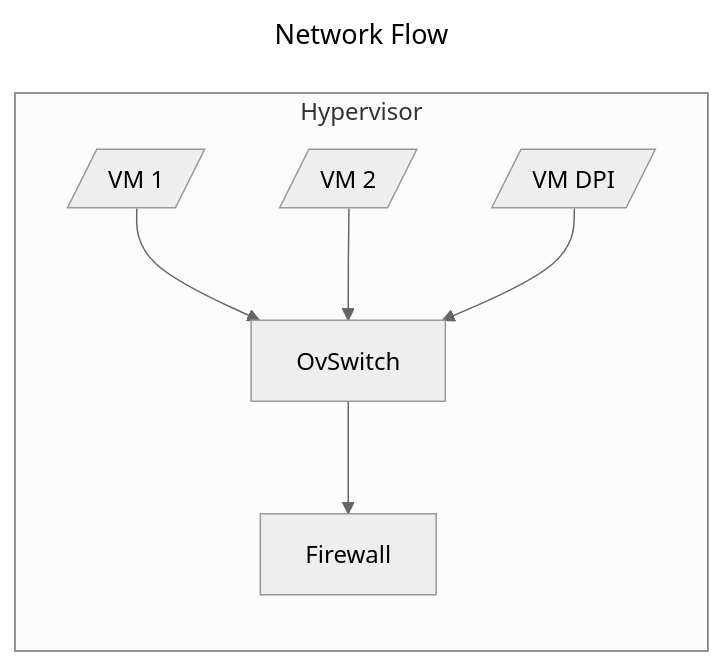
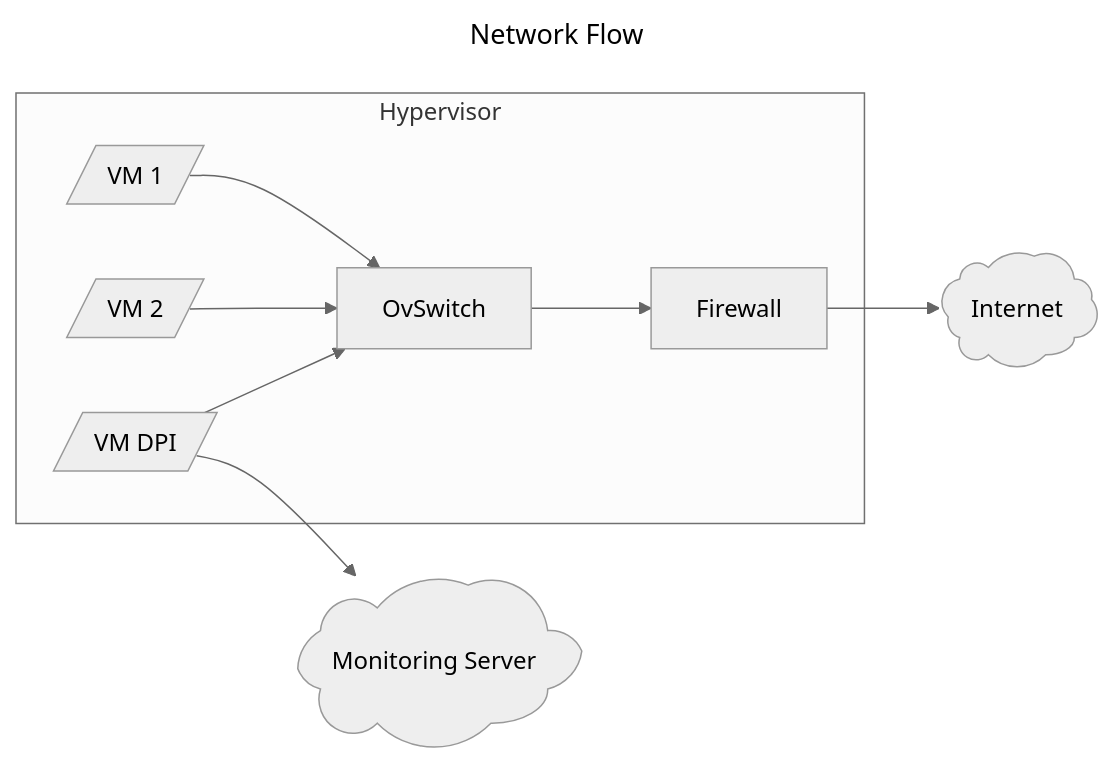
The diagram in Monitoring/README.md (Zai4ikManiak/Cyber-Security-Study), drawn with Mermaid (neutral theme) before and after one commit.

Commit message:
modified:   README.md

````diff
--- a/Monitoring/README.md
+++ b/Monitoring/README.md
@@ -3,18 +3,21 @@
 ```mermaid
 ---
 title: Network Flow
 ---
 flowchart LR
     
     subgraph hyper["Hypervisor"]
         vm_1["VM 1"]@{ shape: lean-r }
         vm_2["VM 2"]@{ shape: lean-r }
-        vm_DPI["VM DPI"]@{ shape: lean-r }
+        vm_dpi["VM DPI"]@{ shape: lean-r }
         
         vm_1 --> ovs["OvSwitch"]
         vm_2 --> ovs
-        vm_DPI --> ovs
+        vm_dpi --> ovs
 
         ovs --> fire["Firewall"]
     end
+
+    fire --> net["Internet"]@{ shape: cloud }
+    vm_dpi --> monitor["Monitoring Server"]@{ shape: cloud }
 ```
````
